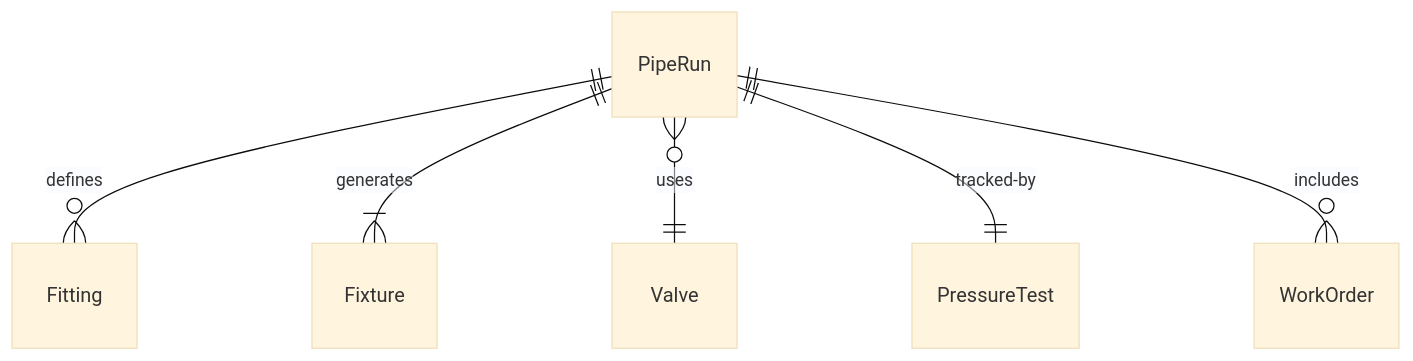
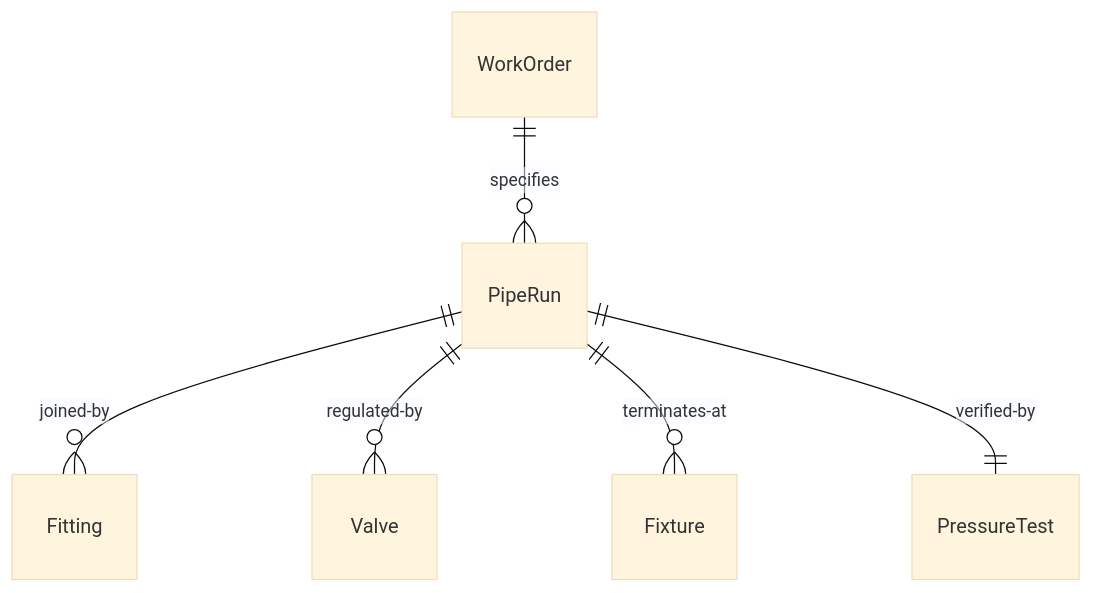
Before and after one commit to dot-org-ai/tasks.org.ai: the first of 4 diagrams in HandlingAndMovingObjects/InstallPlumbingOrPipingEquipmentOrSystems/InstallPlumbingPiping.mdx, drawn with Mermaid (base theme). The commit also changed other lines of this file and 515 other files, not shown here.

````diff
--- a/HandlingAndMovingObjects/InstallPlumbingOrPipingEquipmentOrSystems/InstallPlumbingPiping.mdx
+++ b/HandlingAndMovingObjects/InstallPlumbingOrPipingEquipmentOrSystems/InstallPlumbingPiping.mdx
@@ -87,8 +87,8 @@
 ```mermaid
 erDiagram
-    PipeRun ||--o{ Fitting : "defines"
-    PipeRun ||--|{ Fixture : "generates"
-    PipeRun }o--|| Valve : "uses"
-    PipeRun ||--|| PressureTest : "tracked-by"
-    PipeRun ||--o{ WorkOrder : "includes"
+    WorkOrder ||--o{ PipeRun : "specifies"
+    PipeRun ||--o{ Fitting : "joined-by"
+    PipeRun ||--o{ Valve : "regulated-by"
+    PipeRun ||--o{ Fixture : "terminates-at"
+    PipeRun ||--|| PressureTest : "verified-by"
 ```
````
